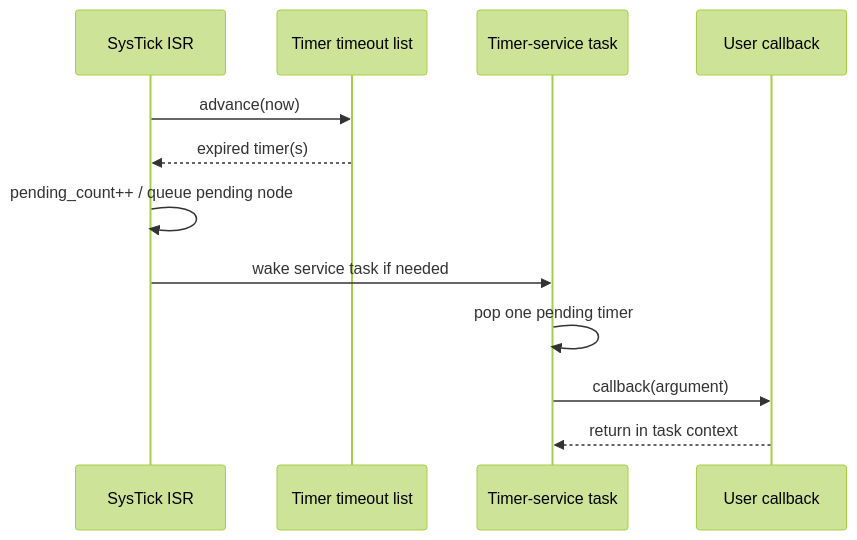
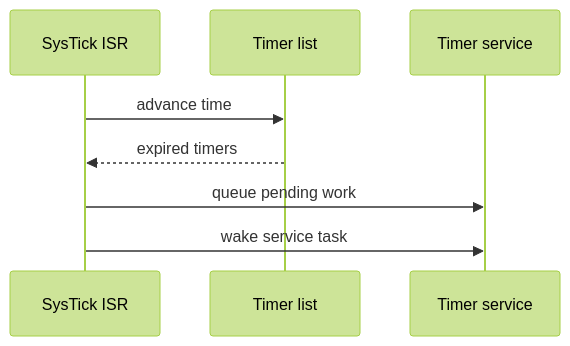
The first of 2 diagrams in docs/02-synchronization/software-timer.md (haikevins/hairtos), drawn with Mermaid (forest theme) before and after one commit. The commit also changed other lines of this file and 82 other files, not shown here.

````diff
--- a/docs/02-synchronization/software-timer.md
+++ b/docs/02-synchronization/software-timer.md
@@ -45,14 +46,10 @@
 ```mermaid
 sequenceDiagram
     participant ST as SysTick ISR
-    participant TL as Timer timeout list
-    participant TS as Timer-service task
-    participant CB as User callback
-    ST->>TL: advance(now)
-    TL-->>ST: expired timer(s)
-    ST->>ST: pending_count++ / queue pending node
-    ST->>TS: wake service task if needed
-    TS->>TS: pop one pending timer
-    TS->>CB: callback(argument)
-    CB-->>TS: return in task context
+    participant TL as Timer list
+    participant TS as Timer service
+    ST->>TL: advance time
+    TL-->>ST: expired timers
+    ST->>TS: queue pending work
+    ST->>TS: wake service task
 ```
````
